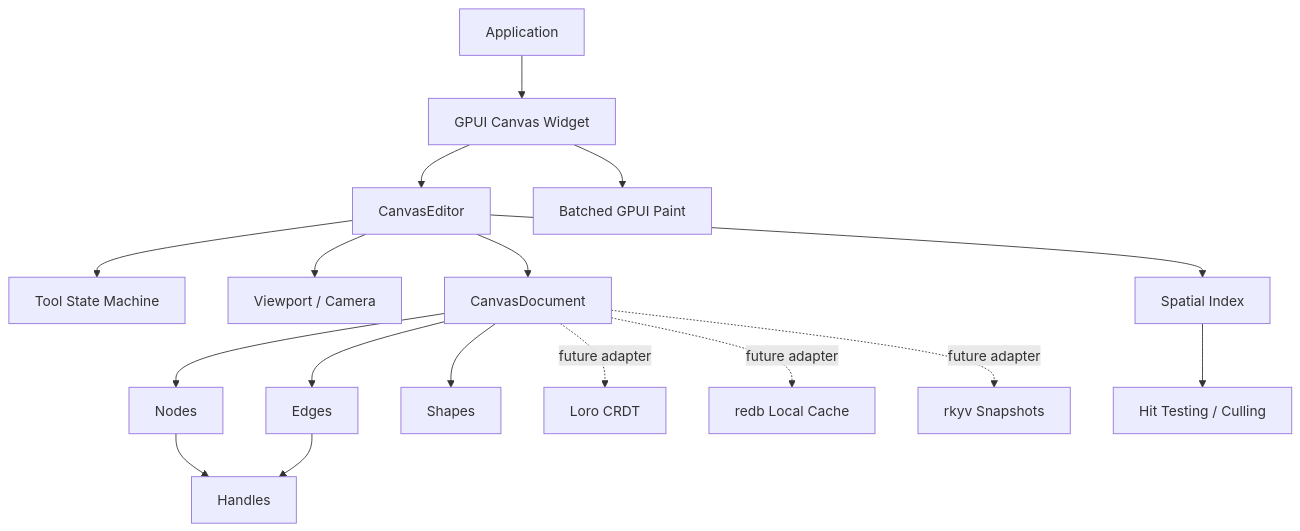
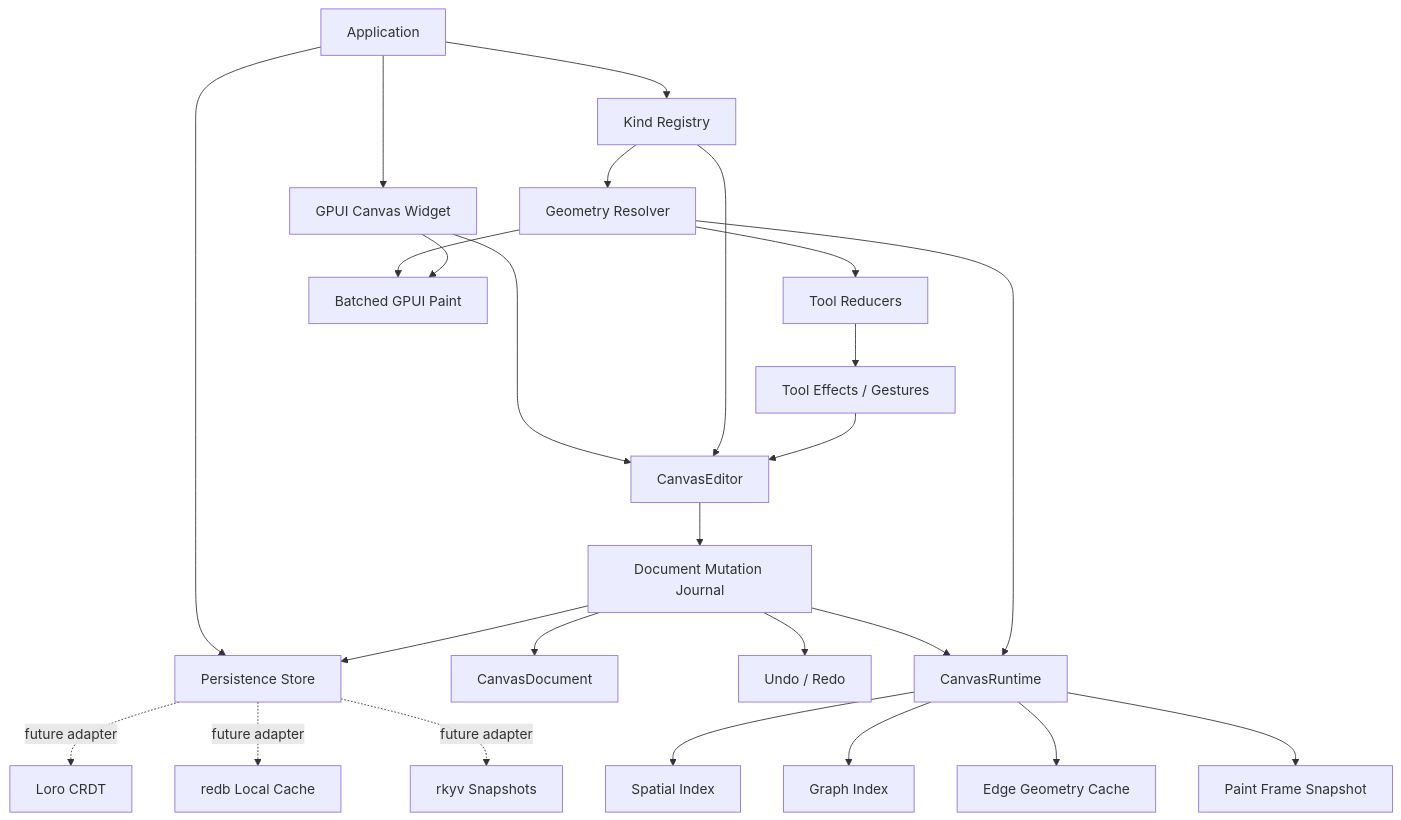
The diagram in docs/adr/0002-open-gpui-canvas-architecture.md (Latias94/open-gpui), drawn with Mermaid before and after one commit. The commit also changed other lines of this file and 12 other files, not shown here.

First line of the commit message:
refactor(canvas): add kind registry

````diff
--- a/docs/adr/0002-open-gpui-canvas-architecture.md
+++ b/docs/adr/0002-open-gpui-canvas-architecture.md
@@ -137,19 +151,27 @@
 ```mermaid
 flowchart TD
     App[Application] --> Widget[GPUI Canvas Widget]
     Widget --> Editor[CanvasEditor]
-    Editor --> Tools[Tool State Machine]
-    Editor --> Viewport[Viewport / Camera]
-    Editor --> Doc[CanvasDocument]
-    Doc --> Nodes[Nodes]
-    Doc --> Edges[Edges]
-    Doc --> Shapes[Shapes]
-    Nodes --> Handles[Handles]
-    Edges --> Handles
-    Editor --> Index[Spatial Index]
-    Index --> HitTest[Hit Testing / Culling]
-    Widget --> Paint[Batched GPUI Paint]
-    Doc -.future adapter.-> Loro[Loro CRDT]
-    Doc -.future adapter.-> Redb[redb Local Cache]
-    Doc -.future adapter.-> Rkyv[rkyv Snapshots]
+    App --> Store[Persistence Store]
+    App --> Registry[Kind Registry]
+    Registry --> Editor
+    Registry --> Geometry[Geometry Resolver]
+    Tools[Tool Reducers] --> Effects[Tool Effects / Gestures]
+    Effects --> Editor
+    Editor --> Journal[Document Mutation Journal]
+    Journal --> Doc[CanvasDocument]
+    Journal --> History[Undo / Redo]
+    Journal --> Store
+    Journal --> Runtime[CanvasRuntime]
+    Runtime --> Spatial[Spatial Index]
+    Runtime --> Graph[Graph Index]
+    Runtime --> Routes[Edge Geometry Cache]
+    Runtime --> Frame[Paint Frame Snapshot]
+    Geometry --> Runtime
+    Geometry --> Tools
+    Geometry --> Paint[Batched GPUI Paint]
+    Widget --> Paint
+    Store -.future adapter.-> Loro[Loro CRDT]
+    Store -.future adapter.-> Redb[redb Local Cache]
+    Store -.future adapter.-> Rkyv[rkyv Snapshots]
 ```
````
